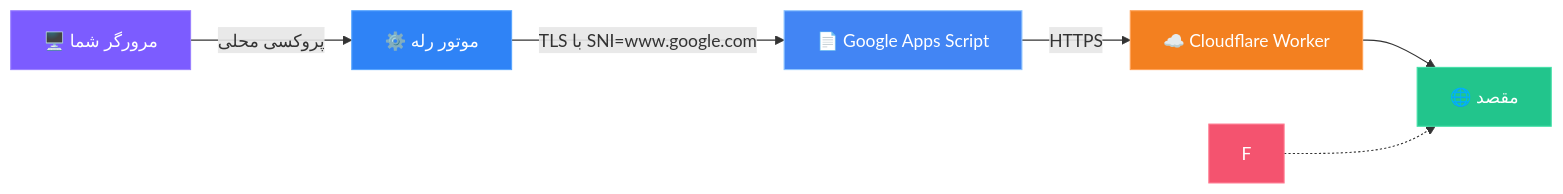
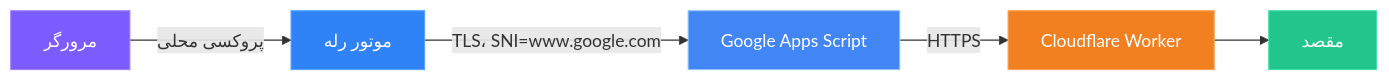
The diagram in README.md (ArasTey/Aras-GP), drawn with Mermaid before and after one commit. The commit also changed other lines of this file and 18 other files, not shown here.

````diff
--- a/README.md
+++ b/README.md
@@ -45,14 +27,12 @@
 ```mermaid
 flowchart LR
-    A["🖥️ مرورگر شما"] -->|"پروکسی محلی"| B["⚙️ موتور رله"]
-    B -->|"TLS با SNI=www.google.com"| C["📄 Google Apps Script"]
-    C -->|"HTTPS"| D["☁️ Cloudflare Worker"]
-    D --> E["🌐 مقصد"]
-    F -.-> E
+    A["مرورگر"] -->|"پروکسی محلی"| B["موتور رله"]
+    B -->|"TLS، SNI=www.google.com"| C["Google Apps Script"]
+    C -->|"HTTPS"| D["Cloudflare Worker"]
+    D --> E["مقصد"]
     style A fill:#7C5CFF,stroke:#9B81FF,color:#fff
     style B fill:#2F83F6,stroke:#57A5FF,color:#fff
     style C fill:#4285F4,stroke:#8EC5FF,color:#fff
     style D fill:#F38020,stroke:#FFA257,color:#fff
     style E fill:#22c58c,stroke:#43E0A8,color:#fff
-    style F fill:#f4536f,stroke:#FF7A90,color:#fff
 ```
````
